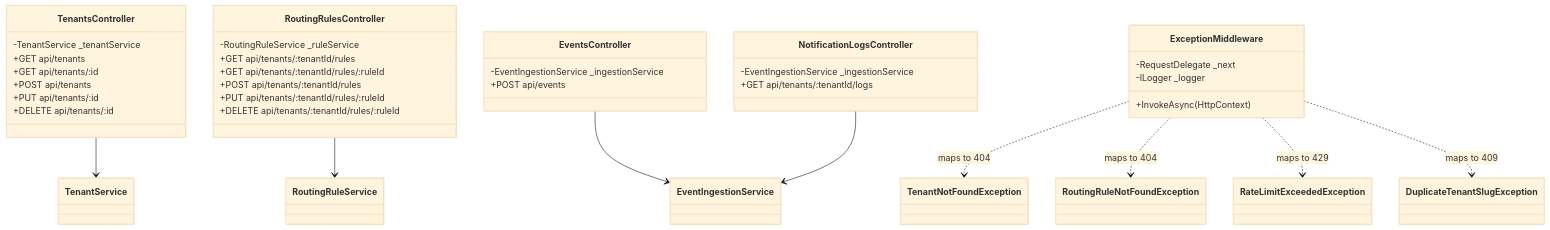
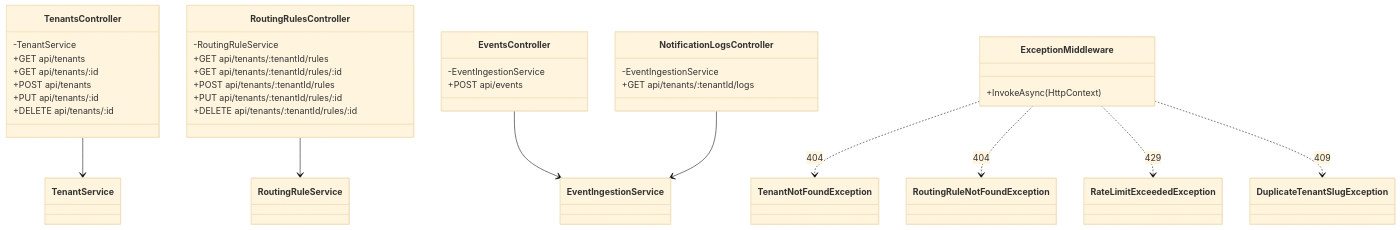
One commit to joelburke/multitenant-notifier changed the fifth of 6 diagrams in ARCHITECTURE.md. Above: the diagram before and after it, drawn with Mermaid (base theme). The commit also changed other lines of this file and 4 other files, not shown here.

````diff
--- a/ARCHITECTURE.md
+++ b/ARCHITECTURE.md
@@ -290,41 +283,39 @@
 ```mermaid
 classDiagram
     class TenantsController {
-        -TenantService _tenantService
+        -TenantService
         +GET    api/tenants
         +GET    api/tenants/:id
         +POST   api/tenants
         +PUT    api/tenants/:id
         +DELETE api/tenants/:id
     }
     class RoutingRulesController {
-        -RoutingRuleService _ruleService
+        -RoutingRuleService
         +GET    api/tenants/:tenantId/rules
-        +GET    api/tenants/:tenantId/rules/:ruleId
+        +GET    api/tenants/:tenantId/rules/:id
         +POST   api/tenants/:tenantId/rules
-        +PUT    api/tenants/:tenantId/rules/:ruleId
-        +DELETE api/tenants/:tenantId/rules/:ruleId
+        +PUT    api/tenants/:tenantId/rules/:id
+        +DELETE api/tenants/:tenantId/rules/:id
     }
     class EventsController {
-        -EventIngestionService _ingestionService
+        -EventIngestionService
         +POST api/events
     }
     class NotificationLogsController {
-        -EventIngestionService _ingestionService
+        -EventIngestionService
         +GET api/tenants/:tenantId/logs
     }
     class ExceptionMiddleware {
-        -RequestDelegate _next
-        -ILogger _logger
         +InvokeAsync(HttpContext)
     }
 
     TenantsController --> TenantService
     RoutingRulesController --> RoutingRuleService
     EventsController --> EventIngestionService
     NotificationLogsController --> EventIngestionService
-    ExceptionMiddleware ..> TenantNotFoundException : maps to 404
-    ExceptionMiddleware ..> RoutingRuleNotFoundException : maps to 404
-    ExceptionMiddleware ..> RateLimitExceededException : maps to 429
-    ExceptionMiddleware ..> DuplicateTenantSlugException : maps to 409
+    ExceptionMiddleware ..> TenantNotFoundException : 404
+    ExceptionMiddleware ..> RoutingRuleNotFoundException : 404
+    ExceptionMiddleware ..> RateLimitExceededException : 429
+    ExceptionMiddleware ..> DuplicateTenantSlugException : 409
 ```
````
